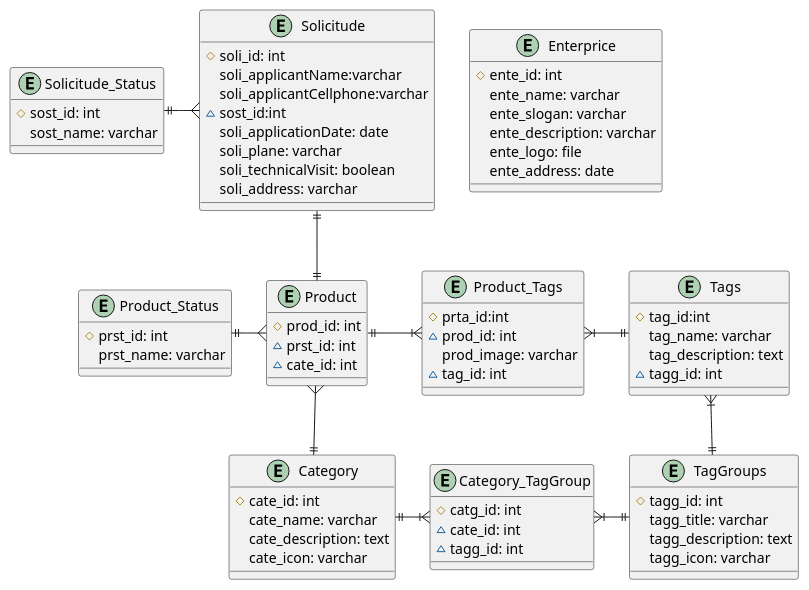
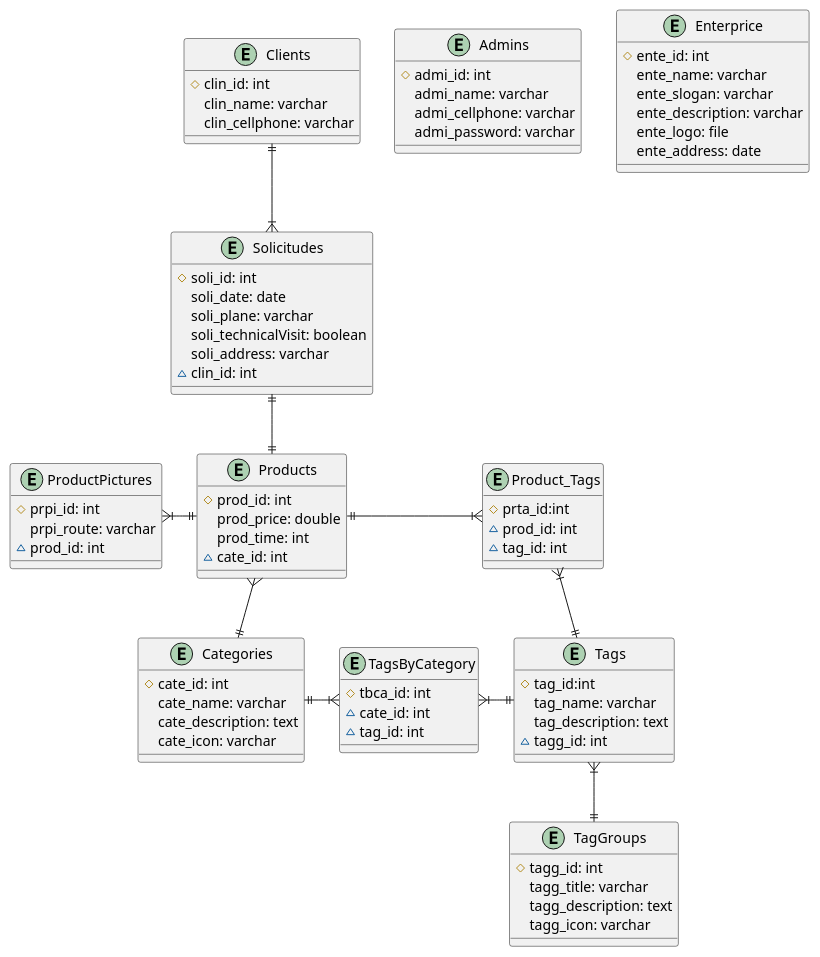
One commit to Los-Waza/MetalK_Documentation changed the diagram in ModeloDeDatos/metalK_dataModelBD.puml. Above: the diagram before and after it, drawn with PlantUML. The commit also changed 3 other files, not shown here.

```diff
--- a/ModeloDeDatos/metalK_dataModelBD.puml
+++ b/ModeloDeDatos/metalK_dataModelBD.puml
@@ -1,88 +1,94 @@
 @startuml MetalK_DataModel
     skinparam linestyle orto
 
-    entity soli as "Solicitude"{
+    entity soli as "Solicitudes"{
         # soli_id: int
-        soli_applicantName:varchar
-        soli_applicantCellphone:varchar
-        ~ sost_id:int
-        soli_applicationDate: date
+        soli_date: date
         soli_plane: varchar
         soli_technicalVisit: boolean
         soli_address: varchar
+        ~ clin_id: int
     }
 
-    entity sost as "Solicitude_Status"{
-        # sost_id: int
-        sost_name: varchar
+    entity clin as "Clients"{
+        # clin_id: int
+        clin_name: varchar
+        clin_cellphone: varchar
+    }
+    
+    entity admi as "Admins"{
+        # admi_id: int
+        admi_name: varchar
+        admi_cellphone: varchar
+        admi_password: varchar
     }
 
-    entity prod as "Product"{
+    entity prod as "Products"{
         # prod_id: int
-        ~ prst_id: int
+        prod_price: double
+        prod_time: int
         ~ cate_id: int
     }
 
     
-    entity prst as "Product_Status"{
-        # prst_id: int
-        prst_name: varchar
+    entity prpi as "ProductPictures"{
+        #prpi_id: int
+        prpi_route: varchar
+        ~ prod_id: int
     }
 
-    
     entity prta as "Product_Tags"{
         # prta_id:int
         ~ prod_id: int
-        prod_image: varchar
         ~ tag_id: int
     }
 
-    entity cate as "Category" {   
+    entity cate as "Categories" {   
         # cate_id: int
         cate_name: varchar
         cate_description: text
         cate_icon: varchar
     }
 
     
     entity tagg as "TagGroups" {   
         # tagg_id: int
         tagg_title: varchar
         tagg_description: text
         tagg_icon: varchar
     }
 
-    entity catg as "Category_TagGroup" {   
-        # catg_id: int
+    entity tbca as "TagsByCategory" {   
+        # tbca_id: int
         ~ cate_id: int
-        ~ tagg_id: int
+        ~ tag_id: int
     }
 
     entity tags as "Tags" {   
         # tag_id:int
         tag_name: varchar
         tag_description: text
         ~ tagg_id: int
     }
 
     entity ente as "Enterprice"{
         # ente_id: int
         ente_name: varchar
         ente_slogan: varchar
         ente_description: varchar
         ente_logo: file
         ente_address: date
     }
 
 
     prod ||-up-|| soli
     prod }--|| cate
+    prod ||-left-|{ prpi
     tags }|-down-|| tagg
-    cate ||-right-|{ catg
-    catg }|-right-|| tagg
-    prod }-left-|| prst
-    soli }-left-|| sost
+    cate ||-right-|{ tbca
+    tbca }|-right-|| tags
     prod ||-right-|{ prta
     tags ||-left-|{ prta
+    clin ||--|{ soli
     
 @enduml
```
